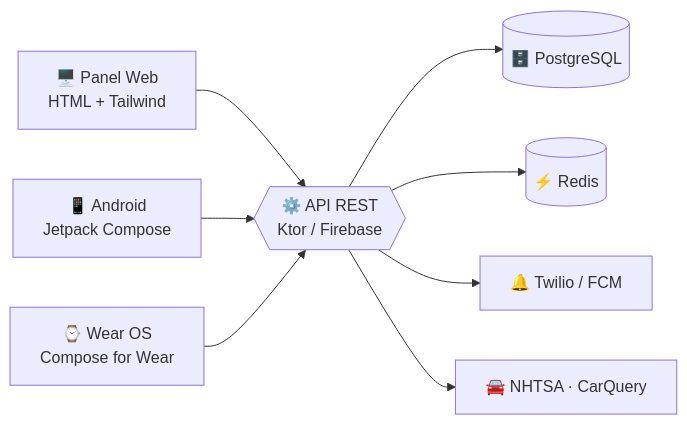
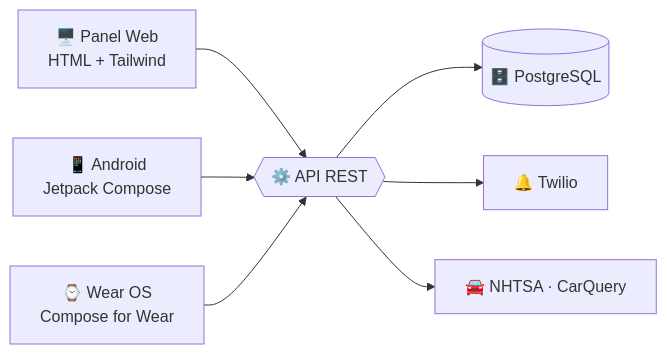
One commit to klo55jhn-prog/klo55jhn-prog changed the diagram in README.md. Above: the diagram before and after it, drawn with Mermaid. The commit also changed other lines of this file, not shown here.

````diff
--- a/README.md
+++ b/README.md
@@ -118,10 +135,9 @@
 ```mermaid
 flowchart LR
     W["🖥️ Panel Web<br/>HTML + Tailwind"] --> API
     M["📱 Android<br/>Jetpack Compose"] --> API
     R["⌚ Wear OS<br/>Compose for Wear"] --> API
-    API{{"⚙️ API REST<br/>Ktor / Firebase"}} --> DB[("🗄️ PostgreSQL")]
-    API --> C[("⚡ Redis")]
-    API --> N["🔔 Twilio / FCM"]
+    API{{"⚙️ API REST"}} --> DB[("🗄️ PostgreSQL")]
+    API --> N["🔔 Twilio"]
     API --> E["🚘 NHTSA · CarQuery"]
 ```
````
